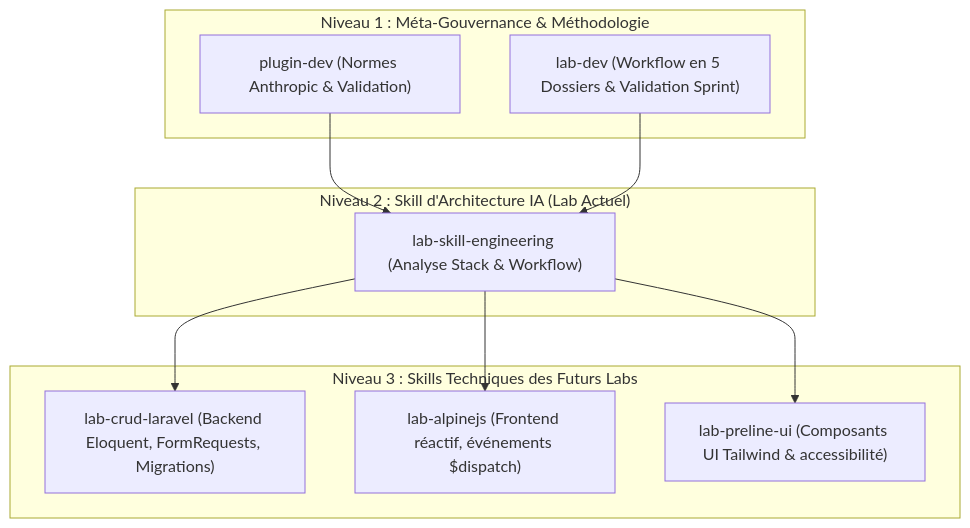
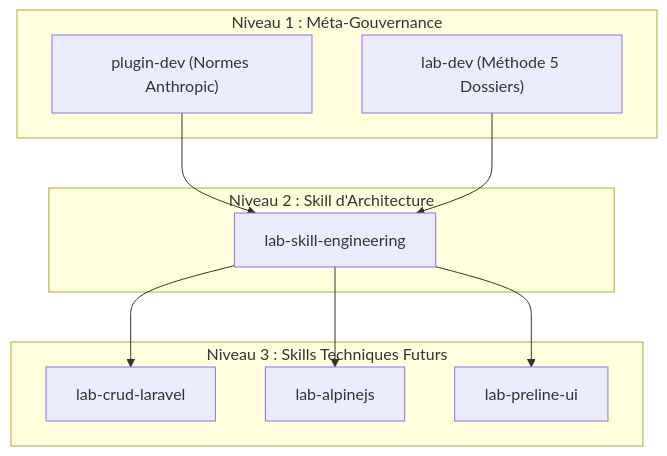
Before and after one commit to labs-agent-dev/lab-skills-framework: the diagram in 4.realisation/matrice-architecture-skills.md, drawn with Mermaid. The commit also changed other lines of this file and 13 other files, not shown here.

````diff
--- a/4.realisation/matrice-architecture-skills.md
+++ b/4.realisation/matrice-architecture-skills.md
@@ -9,23 +4,16 @@
 ```mermaid
 graph TD
-    subgraph Niveau1 ["Niveau 1 : Méta-Gouvernance & Méthodologie"]
-        G1["plugin-dev (Normes Anthropic & Validation)"]
-        G2["lab-dev (Workflow en 5 Dossiers & Validation Sprint)"]
+    subgraph Méta ["Niveau 1 : Méta-Gouvernance"]
+        G1["plugin-dev (Normes Anthropic)"]
+        G2["lab-dev (Méthode 5 Dossiers)"]
     end
-
-    subgraph Niveau2 ["Niveau 2 : Skill d'Architecture IA (Lab Actuel)"]
-        S0["lab-skill-engineering (Analyse Stack & Workflow)"]
+    subgraph Architecture ["Niveau 2 : Skill d'Architecture"]
+        S0["lab-skill-engineering"]
     end
-
-    subgraph Niveau3 ["Niveau 3 : Skills Techniques des Futurs Labs"]
-        S1["lab-crud-laravel (Backend Eloquent, FormRequests, Migrations)"]
-        S2["lab-alpinejs (Frontend réactif, événements $dispatch)"]
-        S3["lab-preline-ui (Composants UI Tailwind & accessibilité)"]
+    subgraph Futur ["Niveau 3 : Skills Techniques Futurs"]
+        S1["lab-crud-laravel"]
+        S2["lab-alpinejs"]
+        S3["lab-preline-ui"]
     end
-
-    G1 --> S0
-    G2 --> S0
-    S0 --> S1
-    S0 --> S2
-    S0 --> S3
+    G1 & G2 --> S0 --> S1 & S2 & S3
 ```
````
